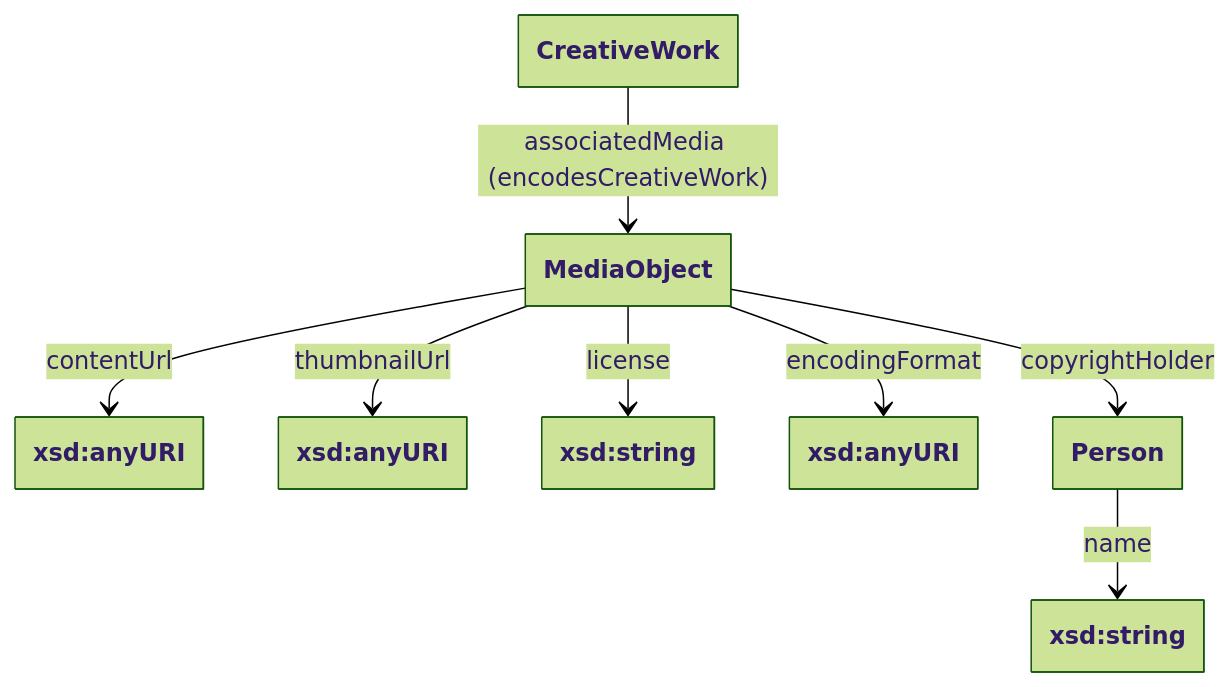
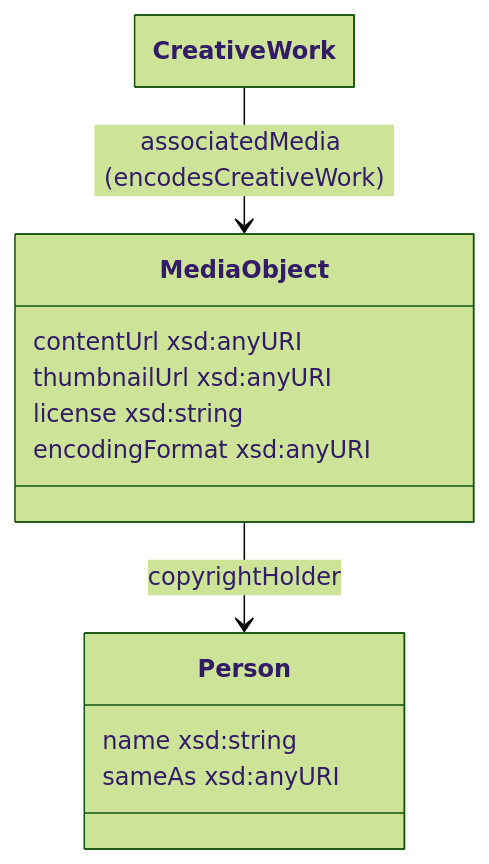
Before and after one commit to collectienederland/schema-profile: the third of 5 diagrams in docs/datamodel.md, drawn with Mermaid. The commit also changed other lines of this file, not shown here.

```diff
--- a/docs/datamodel.md
+++ b/docs/datamodel.md
@@ -122,24 +164,23 @@
 <pre class="mermaid">
 ---
   config:
     theme: forest
     class:
       hideEmptyMembersBox: true
 ---
 classDiagram
-class creativework["CreativeWork"]
-class lit_10["xsd:anyURI"]
-class lit_11["xsd:anyURI"]
-class lit_12["xsd:string"]
-class lit_23["xsd:anyURI"]
-class cpholder["Person"]
-class lit_30["xsd:string"]
-class mediaobject["MediaObject"]
+class creativework["CreativeWork"] 
+
+class mediaobject["MediaObject"] {
+  contentUrl xsd:anyURI
+  thumbnailUrl xsd:anyURI
+  license xsd:string
+  encodingFormat xsd:anyURI
+}
 creativework --> mediaobject: associatedMedia (encodesCreativeWork)
-mediaobject --> lit_10: contentUrl
-mediaobject --> lit_11: thumbnailUrl
-mediaobject --> lit_12: license
-mediaobject --> lit_23:encodingFormat
+class cpholder["Person"] {
+  name xsd:string
+  sameAs xsd:anyURI
+}
 mediaobject --> cpholder:copyrightHolder
-cpholder --> lit_30:name
 </pre>
```
